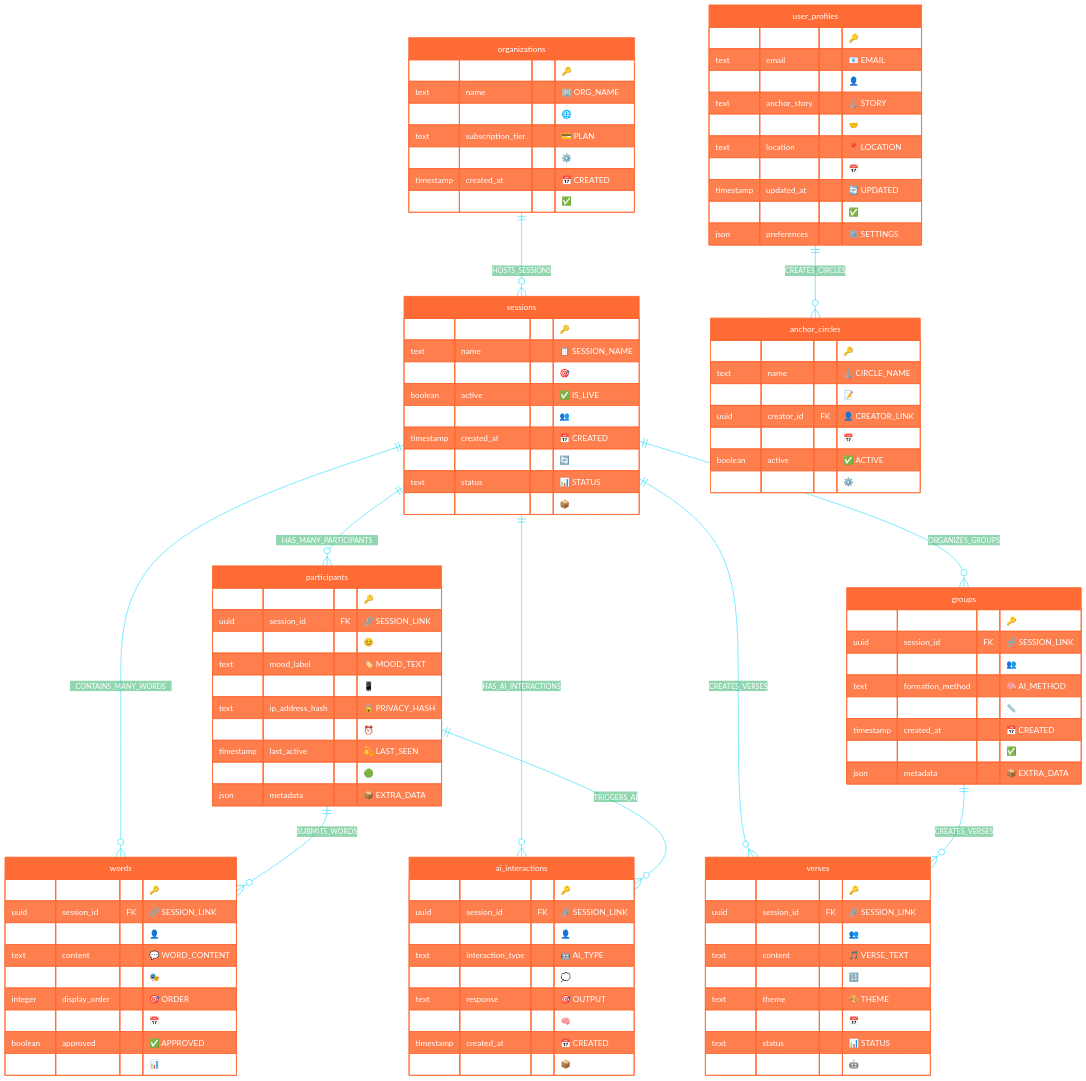
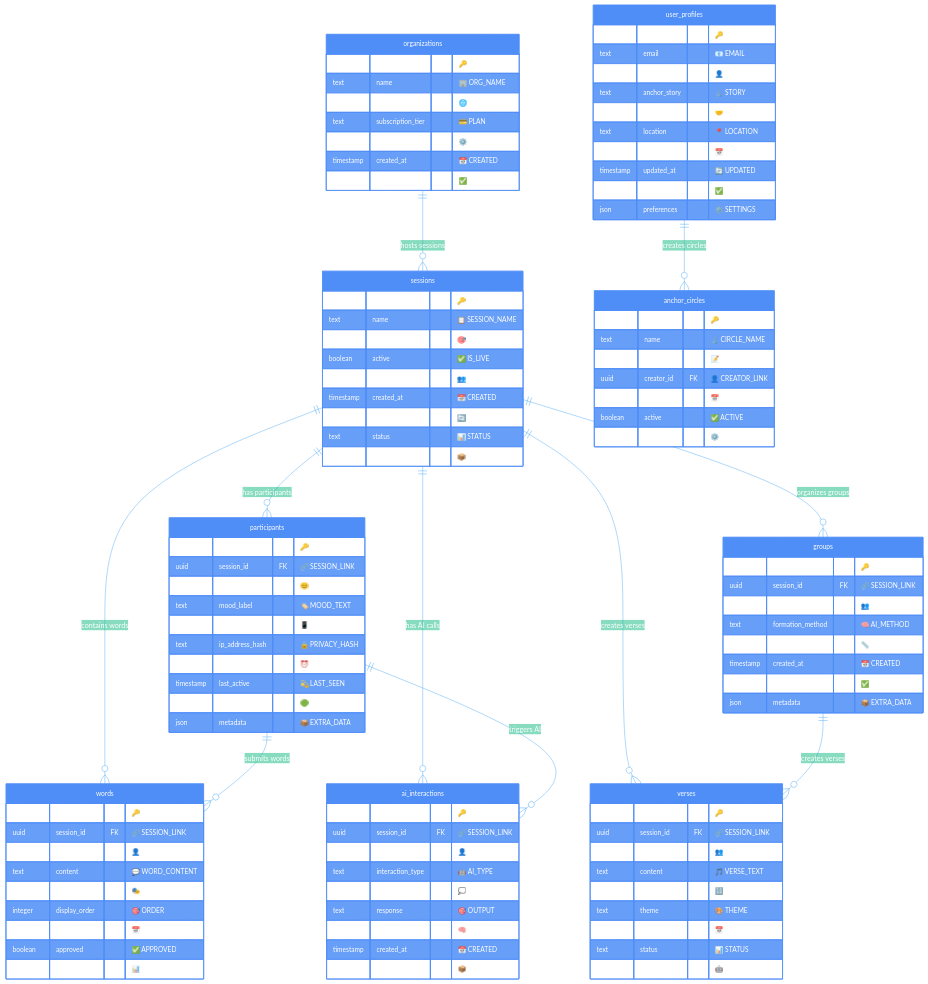
The diagram in database_diagram_only.md (asabaal/qcf2026experience), drawn with Mermaid before and after one commit.

Commit message:
separted diagram

````diff
--- a/database_diagram_only.md
+++ b/database_diagram_only.md
@@ -11,5 +11,5 @@
 ```mermaid
-%%{init: {'theme':'base', 'themeVariables': { 'background': '#000000', 'primaryColor': '#FF6B35', 'primaryTextColor': '#FFFFFF', 'primaryBorderColor': '#FF6B35', 'lineColor': '#00D9FF', 'sectionBkColor': '#2D5AA0', 'altSectionBkColor': '#8E44AD', 'gridColor': '#FFFFFF', 'secondaryColor': '#F39C12', 'tertiaryColor': '#27AE60', 'quaternaryColor': '#E74C3C', 'fontFamily': 'Arial Black, sans-serif', 'fontSize': '16px', 'fontWeight': 'bold'}}}%%
+%%{init: {'theme':'base', 'themeVariables': { 'background': '#0a0e27', 'primaryColor': '#4f8ef7', 'primaryTextColor': '#ffffff', 'primaryBorderColor': '#4f8ef7', 'lineColor': '#64b5f6', 'sectionBkColor': '#1e3a8a', 'altSectionBkColor': '#3b82f6', 'gridColor': '#ffffff', 'secondaryColor': '#06b6d4', 'tertiaryColor': '#10b981', 'quaternaryColor': '#8b5cf6', 'fontFamily': 'Arial, sans-serif', 'fontSize': '13px'}}}%%
 erDiagram
     %% 🔥 PHASE 1: MVP 1.0 - CORE FOUNDATION
     sessions {
@@ -120,19 +120,21 @@
         boolean active "✅ ACTIVE"
     }
 
-    %% 🔗 RELATIONSHIPS
-    sessions ||--o{ participants : "HAS_MANY_PARTICIPANTS"
-    sessions ||--o{ words : "CONTAINS_MANY_WORDS"
-    sessions ||--o{ groups : "ORGANIZES_GROUPS"
-    sessions ||--o{ verses : "CREATES_VERSES"
-    sessions ||--o{ ai_interactions : "HAS_AI_INTERACTIONS"
+    %% 🔗 CORE RELATIONSHIPS (MVP 1.0)
+    sessions ||--o{ participants : "has participants"
+    sessions ||--o{ words : "contains words"
+    participants ||--o{ words : "submits words"
     
-    participants ||--o{ words : "SUBMITS_WORDS"
-    participants ||--o{ ai_interactions : "TRIGGERS_AI"
+    %% 🔗 AI RELATIONSHIPS (MVP 2.0)  
+    sessions ||--o{ groups : "organizes groups"
+    sessions ||--o{ verses : "creates verses"
+    sessions ||--o{ ai_interactions : "has AI calls"
+    participants ||--o{ ai_interactions : "triggers AI"
+    groups ||--o{ verses : "creates verses"
     
-    groups ||--o{ verses : "CREATES_VERSES"
+    %% 🔗 COMMUNITY RELATIONSHIPS (MVP 3.0)
+    user_profiles ||--o{ anchor_circles : "creates circles"
     
-    user_profiles ||--o{ anchor_circles : "CREATES_CIRCLES"
-    
-    organizations ||--o{ sessions : "HOSTS_SESSIONS"
+    %% 🔗 PLATFORM RELATIONSHIPS (Enterprise)
+    organizations ||--o{ sessions : "hosts sessions"
 ```
````
